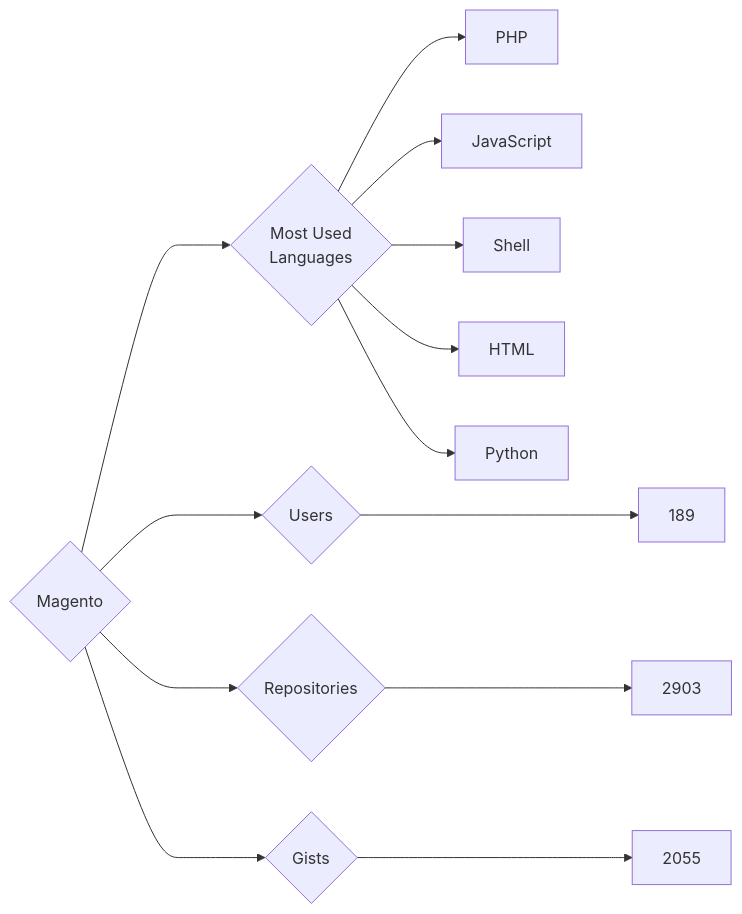
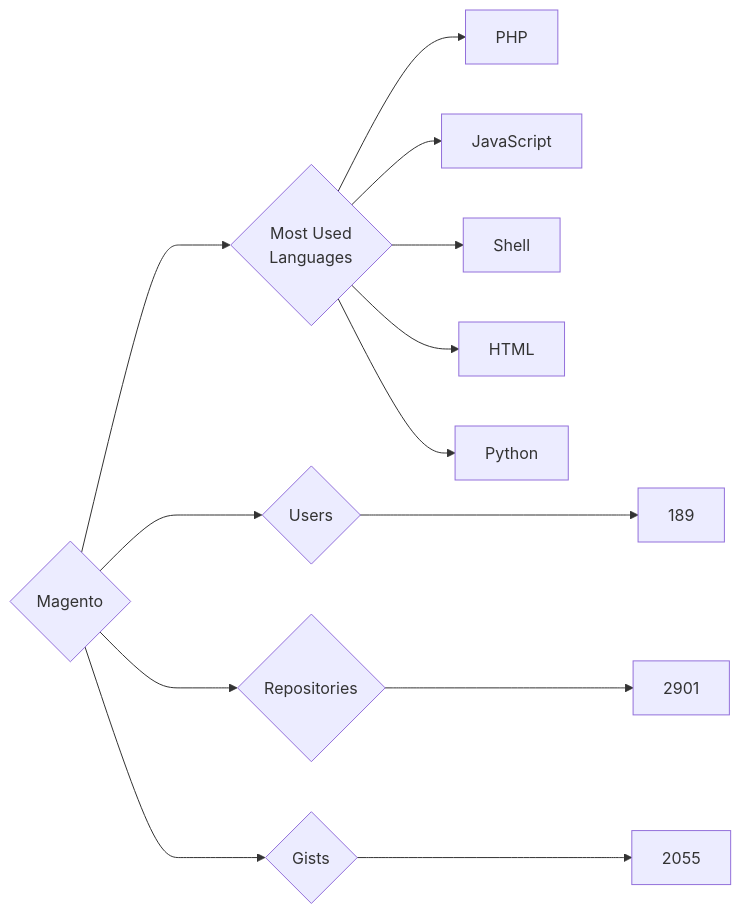
One commit to trickest/insiders changed the diagram in targets/Magento/README.md. Above: the diagram before and after it, drawn with Mermaid. The commit also changed 903 other files, not shown here.

````diff
--- a/targets/Magento/README.md
+++ b/targets/Magento/README.md
@@ -3,13 +3,13 @@
 ```mermaid
 graph LR
 COMPANY_NAME{Magento}
 COMPANY_NAME ---> U{Users} ---> UN[189]
-COMPANY_NAME ---> R{Repositories} ---> RN[2903]
+COMPANY_NAME ---> R{Repositories} ---> RN[2901]
 COMPANY_NAME ---> G{Gists} ---> GN[2055]
 COMPANY_NAME ---> ML{Most Used<br>Languages}
 ML --> PHP[PHP]
 ML --> JavaScript[JavaScript]
 ML --> Shell[Shell]
 ML --> HTML[HTML]
 ML --> Python[Python]
 ```
````
